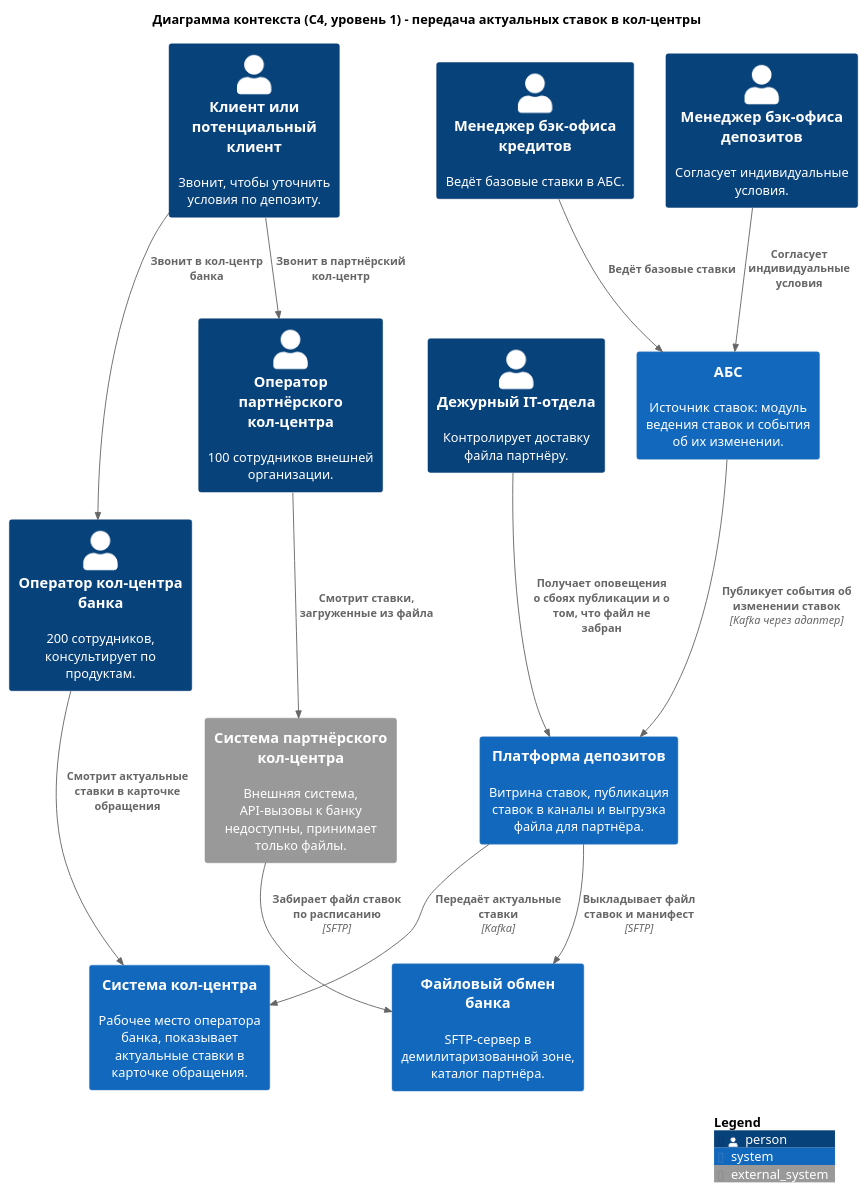
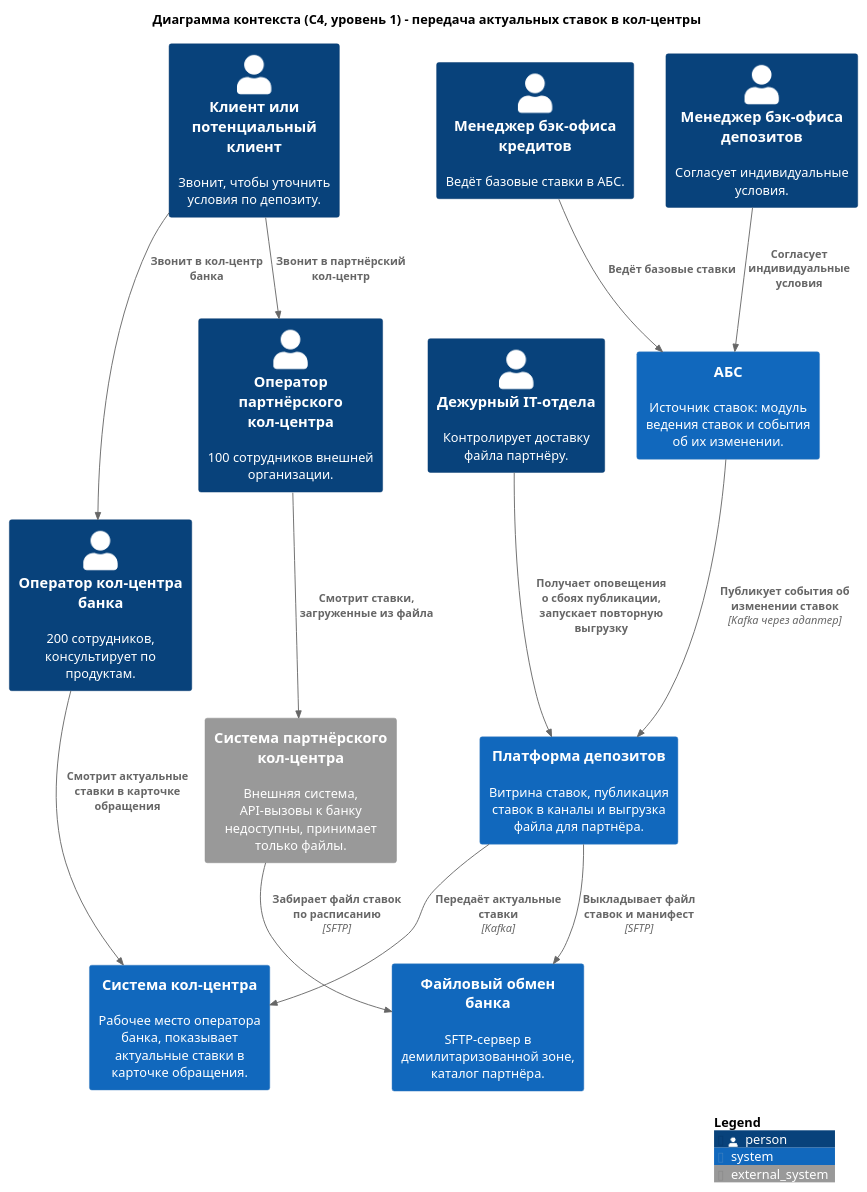
One commit to Atom-Py/architecture-pro-standart changed the diagram in Task4/task4-c4-context.puml. Above: the diagram before and after it, drawn with PlantUML. The commit also changed 4 other files, not shown here.

Commit message:
task-4: manual republish on diagrams, changes against mvp

```diff
--- a/Task4/task4-c4-context.puml
+++ b/Task4/task4-c4-context.puml
@@ -1,34 +1,34 @@
 @startuml task4-c4-context
 !include <C4/C4_Context>
 
 title Диаграмма контекста (C4, уровень 1) - передача актуальных ставок в кол-центры
 
 Person(caller, "Клиент или потенциальный клиент", "Звонит, чтобы уточнить условия по депозиту.")
 Person(op_cc, "Оператор кол-центра банка", "200 сотрудников, консультирует по продуктам.")
 Person(op_pcc, "Оператор партнёрского кол-центра", "100 сотрудников внешней организации.")
 Person(bo_cred, "Менеджер бэк-офиса кредитов", "Ведёт базовые ставки в АБС.")
 Person(bo_dep, "Менеджер бэк-офиса депозитов", "Согласует индивидуальные условия.")
 Person(admin, "Дежурный IT-отдела", "Контролирует доставку файла партнёру.")
 
 System(abs, "АБС", "Источник ставок: модуль ведения ставок и события об их изменении.")
 System(deposits, "Платформа депозитов", "Витрина ставок, публикация ставок в каналы и выгрузка файла для партнёра.")
 System(cc, "Система кол-центра", "Рабочее место оператора банка, показывает актуальные ставки в карточке обращения.")
 System(sftp, "Файловый обмен банка", "SFTP-сервер в демилитаризованной зоне, каталог партнёра.")
 
 System_Ext(pcc, "Система партнёрского кол-центра", "Внешняя система, API-вызовы к банку недоступны, принимает только файлы.")
 
 Rel(bo_cred, abs, "Ведёт базовые ставки")
 Rel(bo_dep, abs, "Согласует индивидуальные условия")
 Rel(abs, deposits, "Публикует события об изменении ставок", "Kafka через адаптер")
 Rel(deposits, cc, "Передаёт актуальные ставки", "Kafka")
 Rel(deposits, sftp, "Выкладывает файл ставок и манифест", "SFTP")
 Rel(pcc, sftp, "Забирает файл ставок по расписанию", "SFTP")
 
 Rel(caller, op_cc, "Звонит в кол-центр банка")
 Rel(caller, op_pcc, "Звонит в партнёрский кол-центр")
 Rel(op_cc, cc, "Смотрит актуальные ставки в карточке обращения")
 Rel(op_pcc, pcc, "Смотрит ставки, загруженные из файла")
-Rel(admin, deposits, "Получает оповещения о сбоях публикации и о том, что файл не забран")
+Rel(admin, deposits, "Получает оповещения о сбоях публикации, запускает повторную выгрузку")
 
 SHOW_LEGEND()
 @enduml
```
